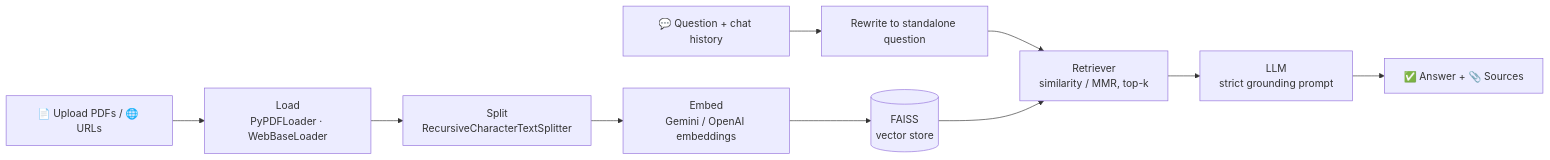
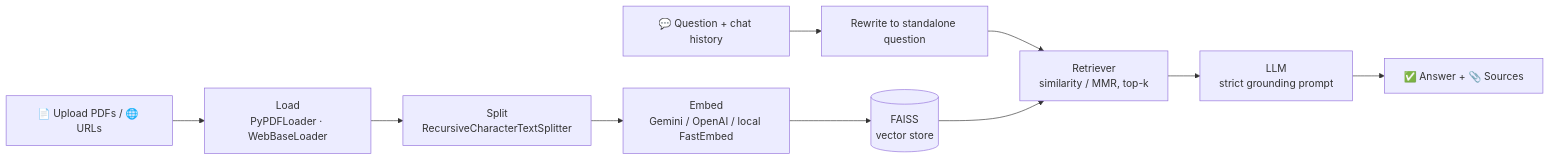
Before and after one commit to aghakazimali-ML/askmydocs: the diagram in README.md, drawn with Mermaid. The commit also changed other lines of this file and 6 other files, not shown here.

First line of the commit message:
Add Anthropic Claude provider with free local embeddings

````diff
--- a/README.md
+++ b/README.md
@@ -57,12 +57,12 @@
 ```mermaid
 flowchart LR
     A[📄 Upload PDFs / 🌐 URLs] --> B[Load<br/>PyPDFLoader · WebBaseLoader]
     B --> C[Split<br/>RecursiveCharacterTextSplitter]
-    C --> D[Embed<br/>Gemini / OpenAI embeddings]
+    C --> D[Embed<br/>Gemini / OpenAI / local FastEmbed]
     D --> E[(FAISS<br/>vector store)]
     Q[💬 Question + chat history] --> R[Rewrite to standalone question]
     R --> F[Retriever<br/>similarity / MMR, top-k]
     E --> F
     F --> G[LLM<br/>strict grounding prompt]
     G --> H[✅ Answer + 📎 Sources]
 ```
````
